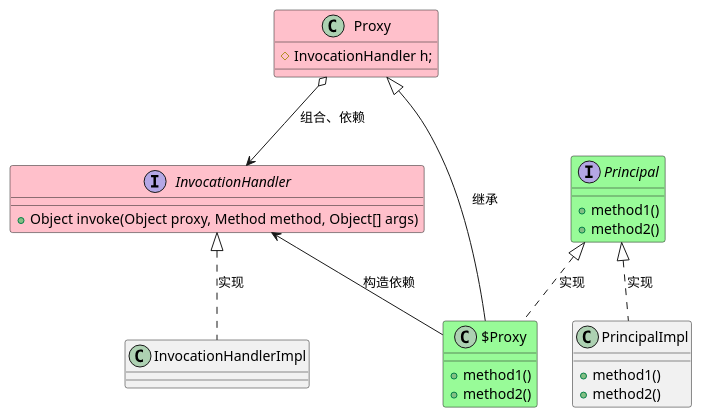
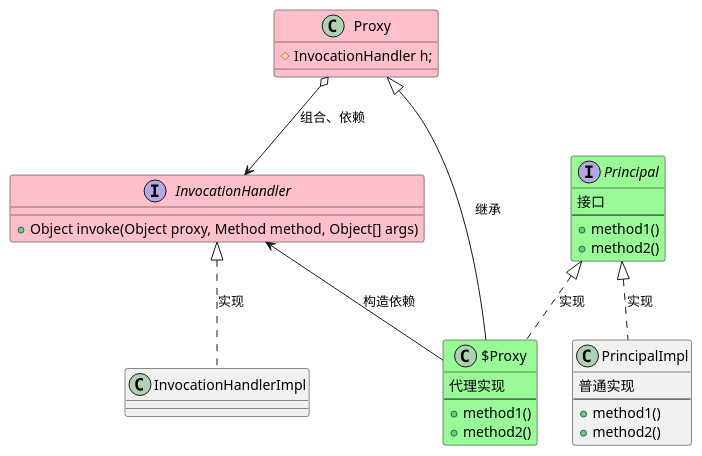
The diagram in src/main/java/chapter48/proxy.puml (wuxiongbo/design_patterns), drawn with PlantUML before and after one commit. The commit also changed 1 other file, not shown here.

```diff
--- a/src/main/java/chapter48/proxy.puml
+++ b/src/main/java/chapter48/proxy.puml
@@ -1,36 +1,42 @@
 @startuml
 'https://plantuml.com/class-diagram
 
 class $Proxy  #palegreen {
+代理实现
+----
     + method1()
     + method2()
 }
 class Proxy   #pink {
    # InvocationHandler h;
 }
 interface InvocationHandler #pink{
    + Object invoke(Object proxy, Method method, Object[] args)
 }
 class InvocationHandlerImpl
 
 interface Principal #palegreen {
+接口
+----
    + method1()
    + method2()
 }
 class PrincipalImpl{
+普通实现
+----
    + method1()
    + method2()
 }
 
 Proxy <|-- $Proxy  : 继承
 Principal <|.. $Proxy : 实现
 InvocationHandler <-- $Proxy : 构造依赖
 Proxy o--> InvocationHandler : 组合、依赖
 InvocationHandler <|.. InvocationHandlerImpl : 实现
 Principal <|.. PrincipalImpl : 实现
 
 /'InvocationHandlerImpl o--> PrincipalImpl  : 组合、依赖(该关系可选)'/
 
 /'$Proxy 委托 InvocationHandler 委托 Principal  '/
 
 @enduml
```
